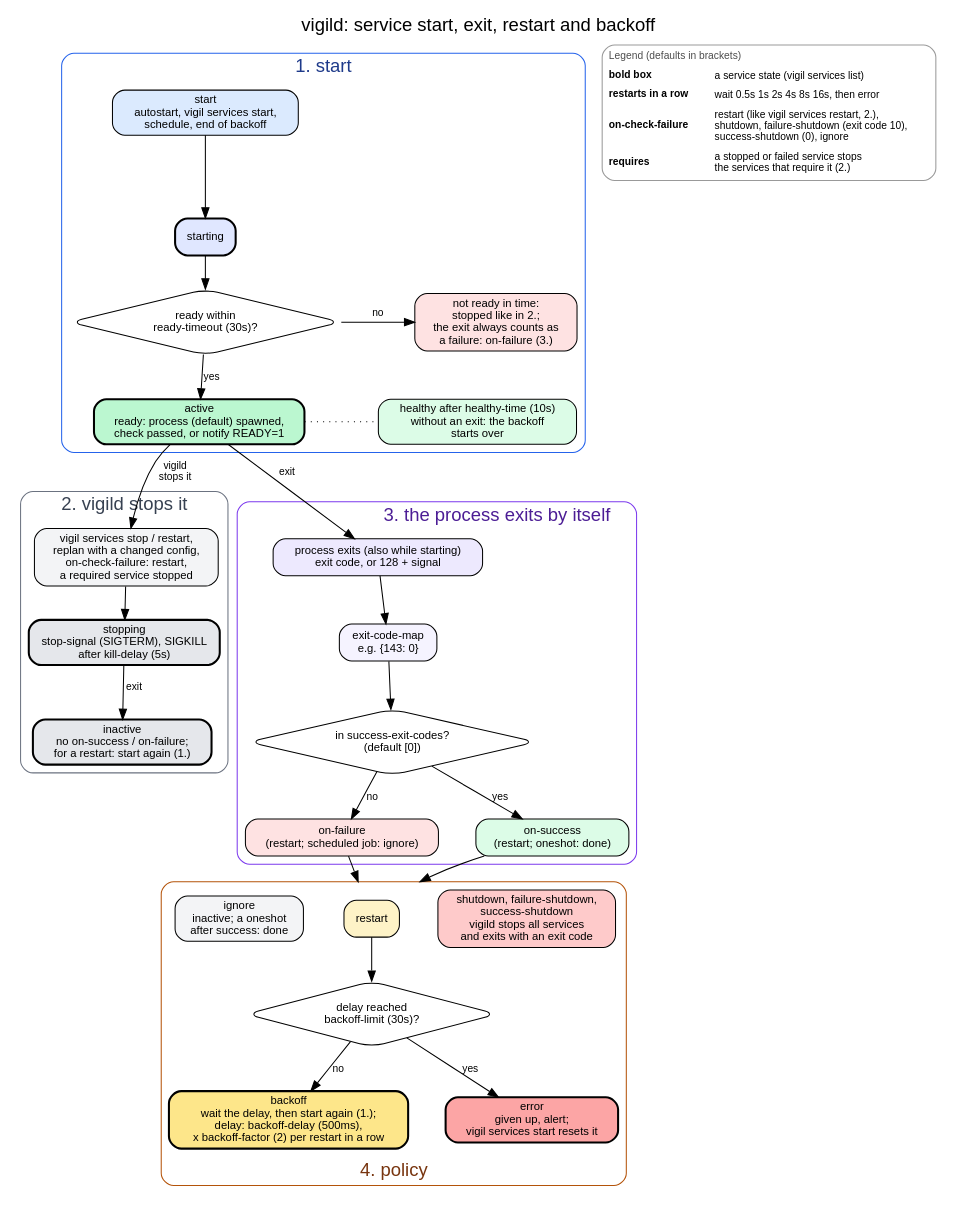
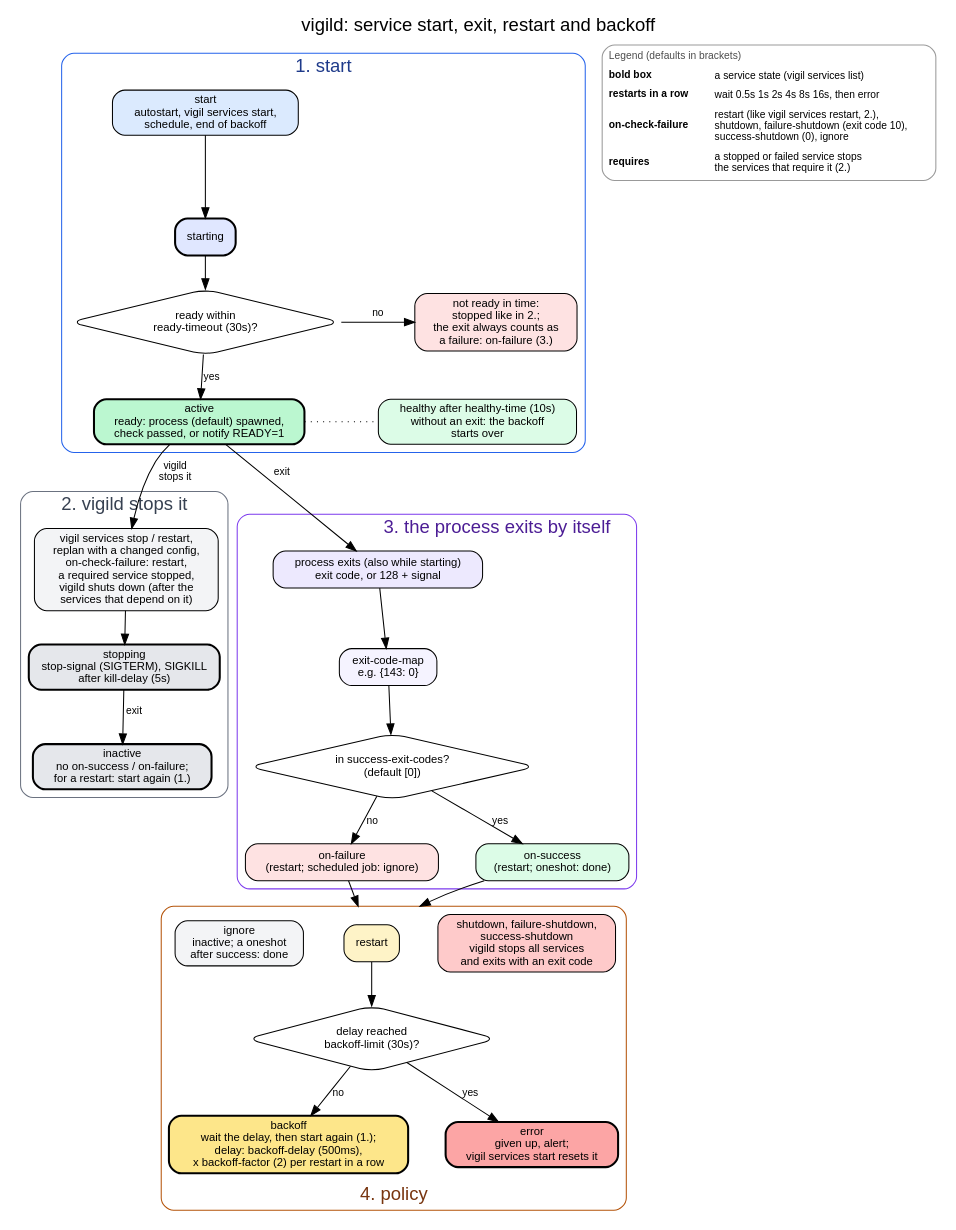
The diagram in docs/user-guide/service-lifecycle.dot (git001/vigil-rs), drawn with Graphviz before and after one commit. The commit also changed 1 other file, not shown here.

Commit message:
docs: the diagrams show the shutdown order
service-lifecycle.dot lists vigild's shutdown among the reasons a
service is stopped (after the services that depend on it);
service-dependencies.dot says in its legend that a shutdown goes the
other way round.

```diff
--- a/docs/user-guide/service-lifecycle.dot
+++ b/docs/user-guide/service-lifecycle.dot
@@ -1,151 +1,151 @@
 // Service lifecycle: start and readiness, what happens when the process
 // exits, restart with backoff, and the ways vigild stops a service. It
 // describes the behaviour documented in configuration.md (sections ready /
 // ready-check / ready-timeout, healthy-time, kill-delay, on-success /
 // on-failure, success-exit-codes / exit-code-map, on-check-failure,
 // backoff-delay / -factor / -limit) and cli-reference.md (replan).
 //
 // CI (.github/workflows/diagrams.yml) renders it to
 // images/service-lifecycle.svg, which the docs link to. By hand:
 //   dot -Tsvg docs/user-guide/service-lifecycle.dot -o images/service-lifecycle.svg
 
 digraph service_lifecycle {
     graph [
         label = "vigild: service start, exit, restart and backoff",
         labelloc = t,
         fontname = "Helvetica",
         fontsize = 18,
         rankdir = TB,
         nodesep = 0.5,
         ranksep = 0.45,
         newrank = true,
         compound = true
     ];
     node [fontname = "Helvetica", fontsize = 11, style = "rounded,filled", fillcolor = white, shape = box];
     edge [fontname = "Helvetica", fontsize = 10];
 
     // ------------------------------------------------------------------
     // 1. Start and readiness
     // ------------------------------------------------------------------
     subgraph cluster_start {
         label = "1. start";
         style = "rounded";
         color = "#2563eb";
         fontcolor = "#1e3a8a";
 
         start [fillcolor = "#dbeafe",
                label = "start\nautostart, vigil services start,\nschedule, end of backoff"];
         starting [fillcolor = "#e0e7ff", penwidth = 2, label = "starting"];
         q_ready [shape = diamond, label = "ready within\nready-timeout (30s)?"];
         timeout_stop [fillcolor = "#fee2e2",
                       label = "not ready in time:\nstopped like in 2.;\nthe exit always counts as\na failure: on-failure (3.)"];
         { rank = same; q_ready; timeout_stop; }
         active [fillcolor = "#bbf7d0", penwidth = 2,
                 label = "active\nready: process (default) spawned,\ncheck passed, or notify READY=1"];
         healthy [fillcolor = "#dcfce7",
                  label = "healthy after healthy-time (10s)\nwithout an exit: the backoff\nstarts over"];
         { rank = same; active; healthy; }
 
         start -> starting -> q_ready;
         q_ready -> active [label = "yes"];
         q_ready -> timeout_stop [label = "no"];
         active -> healthy [style = dotted, arrowhead = none];
     }
 
     // ------------------------------------------------------------------
     // 2. vigild stops the service
     // ------------------------------------------------------------------
     subgraph cluster_stop {
         label = "2. vigild stops it";
         style = "rounded";
         color = "#6b7280";
         fontcolor = "#374151";
 
         stop_why [fillcolor = "#f3f4f6",
-                  label = "vigil services stop / restart,\nreplan with a changed config,\non-check-failure: restart,\na required service stopped"];
+                  label = "vigil services stop / restart,\nreplan with a changed config,\non-check-failure: restart,\na required service stopped,\nvigild shuts down (after the\nservices that depend on it)"];
         stopping [fillcolor = "#e5e7eb", penwidth = 2,
                   label = "stopping\nstop-signal (SIGTERM), SIGKILL\nafter kill-delay (5s)"];
         inactive_stop [fillcolor = "#e5e7eb", penwidth = 2,
                        label = "inactive\nno on-success / on-failure;\nfor a restart: start again (1.)"];
 
         stop_why -> stopping;
         stopping -> inactive_stop [label = "exit"];
     }
 
     // ------------------------------------------------------------------
     // 3. The process exits by itself
     // ------------------------------------------------------------------
     subgraph cluster_exit {
         label = "3. the process exits by itself";
         labeljust = r;
         style = "rounded";
         color = "#7c3aed";
         fontcolor = "#4c1d95";
 
         exited [fillcolor = "#ede9fe",
                 label = "process exits (also while starting)\nexit code, or 128 + signal"];
         map [fillcolor = "#f5f3ff", label = "exit-code-map\ne.g. {143: 0}"];
         q_success [shape = diamond, label = "in success-exit-codes?\n(default [0])"];
         on_failure [fillcolor = "#fee2e2",
                     label = "on-failure\n(restart; scheduled job: ignore)"];
         on_success [fillcolor = "#dcfce7",
                     label = "on-success\n(restart; oneshot: done)"];
         { rank = same; on_failure; on_success; }
 
         exited -> map -> q_success;
         q_success -> on_failure [label = "no"];
         q_success -> on_success [label = "yes"];
     }
 
     active -> exited [label = "exit"];
     active -> stop_why [label = "vigild\nstops it"];
     { rank = same; exited; stop_why; }
 
     // ------------------------------------------------------------------
     // 4. Policies
     // ------------------------------------------------------------------
     subgraph cluster_policy {
         label = "4. policy";
         labelloc = b;
         style = "rounded";
         color = "#b45309";
         fontcolor = "#78350f";
 
         p_shutdown [fillcolor = "#fecaca",
                     label = "shutdown, failure-shutdown,\nsuccess-shutdown\nvigild stops all services\nand exits with an exit code"];
         p_restart [fillcolor = "#fef3c7", label = "restart"];
         p_ignore [fillcolor = "#f3f4f6",
                   label = "ignore\ninactive; a oneshot\nafter success: done"];
         { rank = same; p_shutdown; p_restart; p_ignore; }
 
         q_limit [shape = diamond, label = "delay reached\nbackoff-limit (30s)?"];
         backoff [fillcolor = "#fde68a", penwidth = 2,
                  label = "backoff\nwait the delay, then start again (1.);\ndelay: backoff-delay (500ms),\nx backoff-factor (2) per restart in a row"];
         error [fillcolor = "#fca5a5", penwidth = 2,
                label = "error\ngiven up, alert;\nvigil services start resets it"];
         { rank = same; backoff; error; }
 
         p_restart -> q_limit;
         q_limit -> backoff [label = "no"];
         q_limit -> error [label = "yes"];
     }
 
     on_failure -> p_restart [lhead = cluster_policy];
     on_success -> p_restart [lhead = cluster_policy];
 
     // ------------------------------------------------------------------
     // Legend
     // ------------------------------------------------------------------
     legend [shape = plaintext, style = "", fontsize = 10, label = <
         <table border="1" color="gray60" cellborder="0" cellspacing="2" cellpadding="3" style="rounded">
         <tr><td colspan="2" align="left"><font color="gray30">Legend (defaults in brackets)</font></td></tr>
         <tr><td align="left"><b>bold box</b></td><td align="left">a service state (vigil services list)</td></tr>
         <tr><td align="left"><b>restarts in a row</b></td><td align="left">wait 0.5s 1s 2s 4s 8s 16s, then error</td></tr>
         <tr><td align="left"><b>on-check-failure</b></td><td align="left">restart (like vigil services restart, 2.),<br align="left"/>shutdown, failure-shutdown (exit code 10),<br align="left"/>success-shutdown (0), ignore<br align="left"/></td></tr>
         <tr><td align="left"><b>requires</b></td><td align="left">a stopped or failed service stops<br align="left"/>the services that require it (2.)<br align="left"/></td></tr>
         </table>
     >];
     // Top right, next to the first node.
     { rank = same; start; legend; }
     start -> legend [style = invis, minlen = 4];
 }
```
